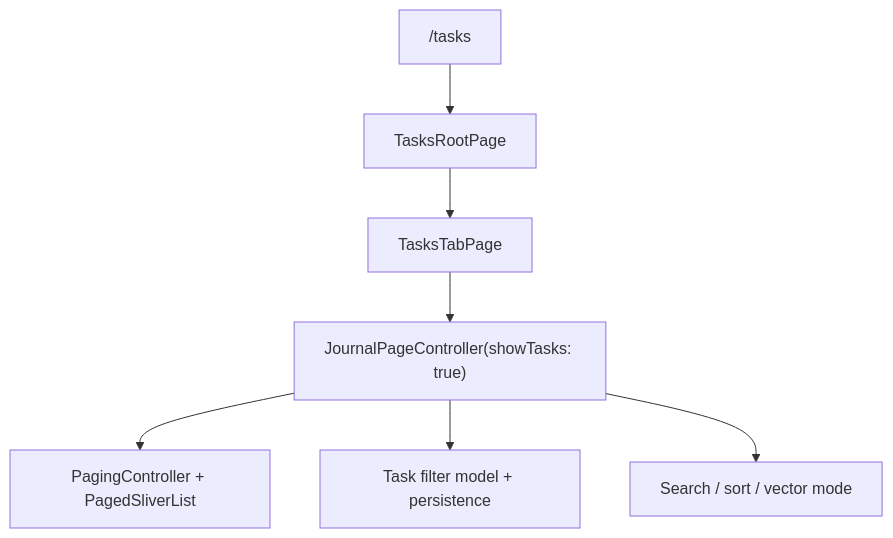
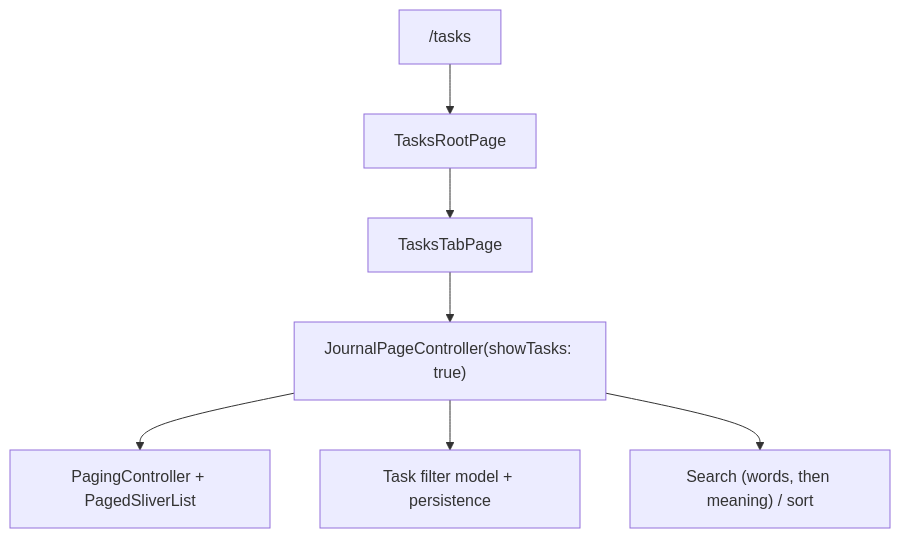
The first of 7 diagrams in knowledge/features/tasks/filtering.md (matthiasn/lotti), drawn with Mermaid before and after one commit. The commit also changed other lines of this file and 74 other files, not shown here.

Commit message:
feat(search): one search lists the word matches, then what is related by meaning (#4897)

````diff
--- a/knowledge/features/tasks/filtering.md
+++ b/knowledge/features/tasks/filtering.md
@@ -35,9 +35,9 @@
 ```mermaid
 flowchart TD
   Route["/tasks"] --> Root["TasksRootPage"]
   Root --> Redesign["TasksTabPage"]
   Redesign --> PageCtl["JournalPageController(showTasks: true)"]
   PageCtl --> Paging["PagingController + PagedSliverList"]
   PageCtl --> Filters["Task filter model + persistence"]
-  PageCtl --> Search["Search / sort / vector mode"]
+  PageCtl --> Search["Search (words, then meaning) / sort"]
 ```
````
